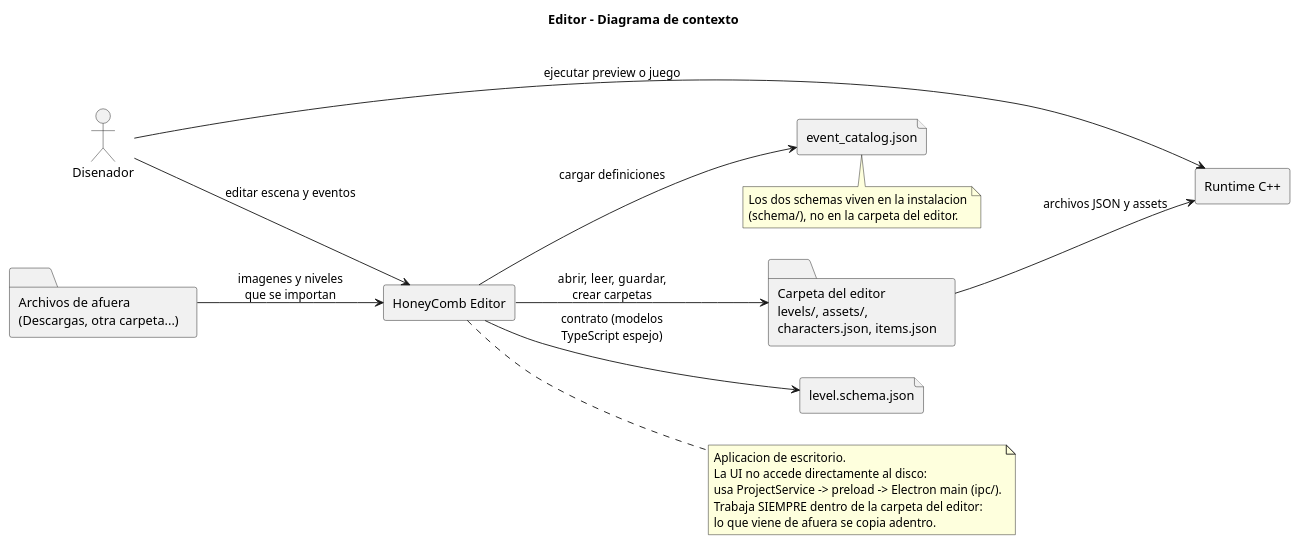
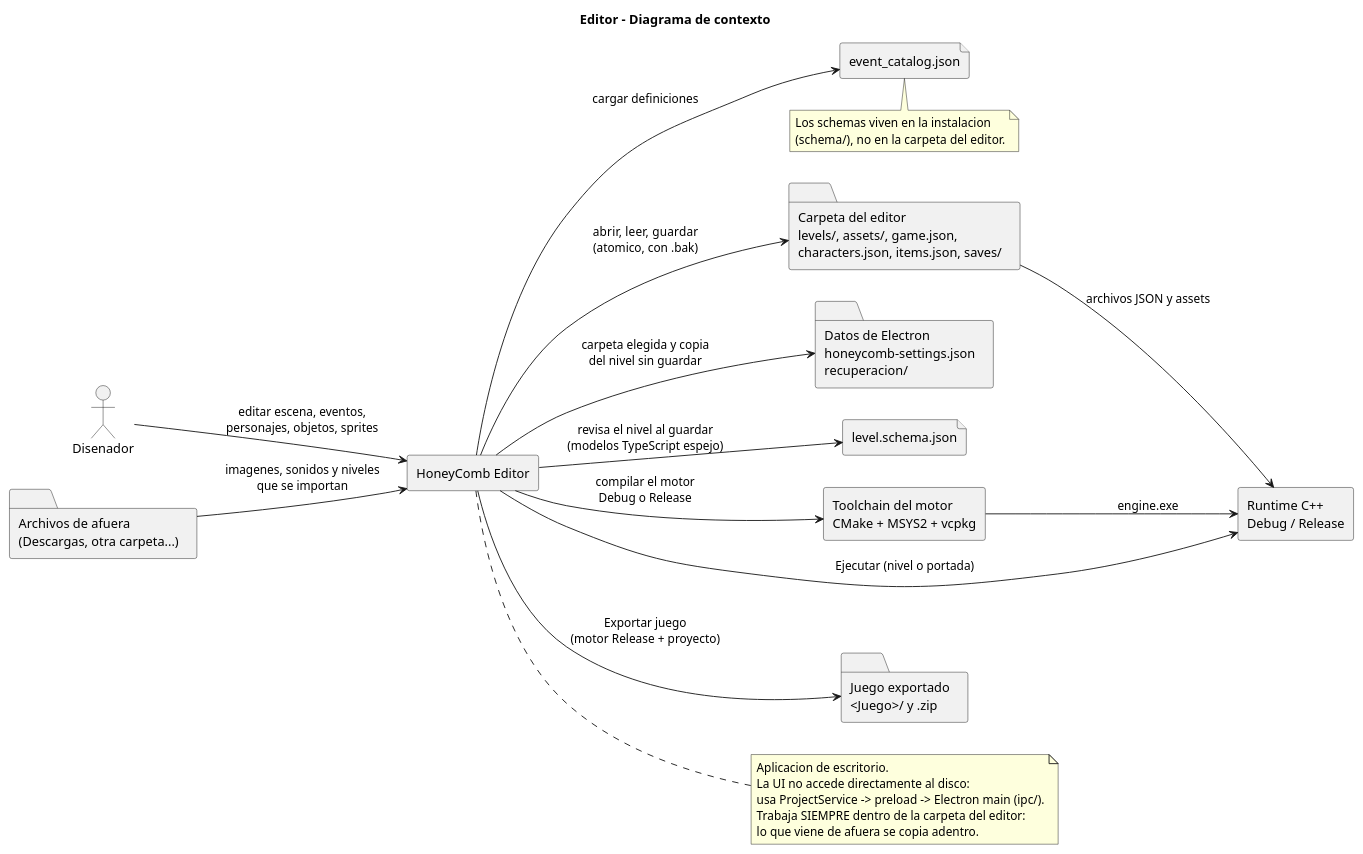
One commit to dannn-36/HoneyCombEngine-PlataformaNoCode-2.5D changed the diagram in docs/architecture/editor-context.puml. Above: the diagram before and after it, drawn with PlantUML. The commit also changed 11 other files, not shown here.

First line of the commit message:
HoneyComb - Actualizar diagramas de arquitectura

```diff
--- a/docs/architecture/editor-context.puml
+++ b/docs/architecture/editor-context.puml
@@ -1,34 +1,41 @@
 @startuml editor-context
 title Editor - Diagrama de contexto
 left to right direction
 skinparam componentStyle rectangle
 
 actor "Disenador" as designer
 rectangle "HoneyComb Editor" as editor
-folder "Carpeta del editor\nlevels/, assets/,\ncharacters.json, items.json" as project
+folder "Carpeta del editor\nlevels/, assets/, game.json,\ncharacters.json, items.json, saves/" as project
 folder "Archivos de afuera\n(Descargas, otra carpeta...)" as outside
+folder "Datos de Electron\nhoneycomb-settings.json\nrecuperacion/" as userData
 file "level.schema.json" as levelSchema
 file "event_catalog.json" as eventSchema
-rectangle "Runtime C++" as runtime
+rectangle "Toolchain del motor\nCMake + MSYS2 + vcpkg" as toolchain
+rectangle "Runtime C++\nDebug / Release" as runtime
+folder "Juego exportado\n<Juego>/ y .zip" as exported
 
-designer --> editor : editar escena y eventos
-editor --> project : abrir, leer, guardar,\ncrear carpetas
-outside --> editor : imagenes y niveles\nque se importan
-editor --> levelSchema : contrato (modelos\nTypeScript espejo)
+designer --> editor : editar escena, eventos,\npersonajes, objetos, sprites
+editor --> project : abrir, leer, guardar\n(atomico, con .bak)
+outside --> editor : imagenes, sonidos y niveles\nque se importan
+editor --> userData : carpeta elegida y copia\ndel nivel sin guardar
+editor --> levelSchema : revisa el nivel al guardar\n(modelos TypeScript espejo)
 editor --> eventSchema : cargar definiciones
+editor --> toolchain : compilar el motor\nDebug o Release
+toolchain --> runtime : engine.exe
+editor --> runtime : Ejecutar (nivel o portada)
 project --> runtime : archivos JSON y assets
-designer --> runtime : ejecutar preview o juego
+editor --> exported : Exportar juego\n(motor Release + proyecto)
 
 note right of editor
 Aplicacion de escritorio.
 La UI no accede directamente al disco:
 usa ProjectService -> preload -> Electron main (ipc/).
 Trabaja SIEMPRE dentro de la carpeta del editor:
 lo que viene de afuera se copia adentro.
 end note
 
 note bottom of eventSchema
-Los dos schemas viven en la instalacion
+Los schemas viven en la instalacion
 (schema/), no en la carpeta del editor.
 end note
 @enduml
```
